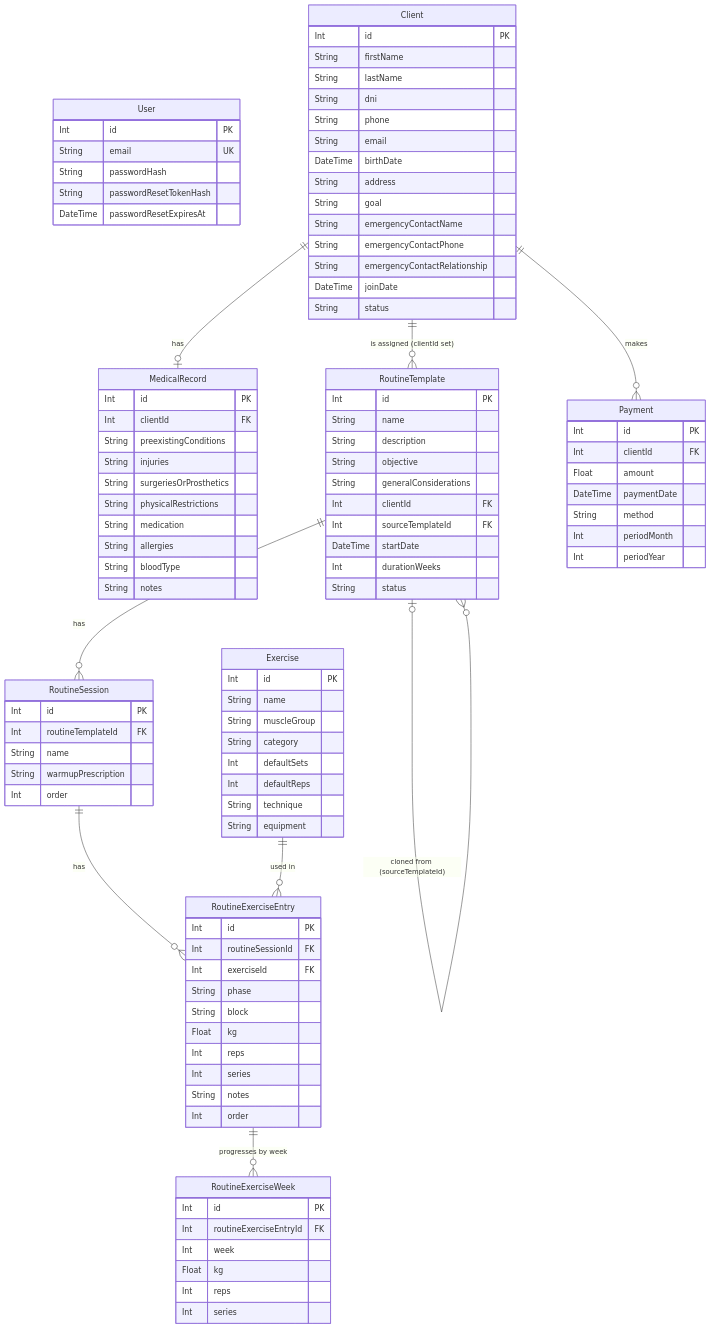
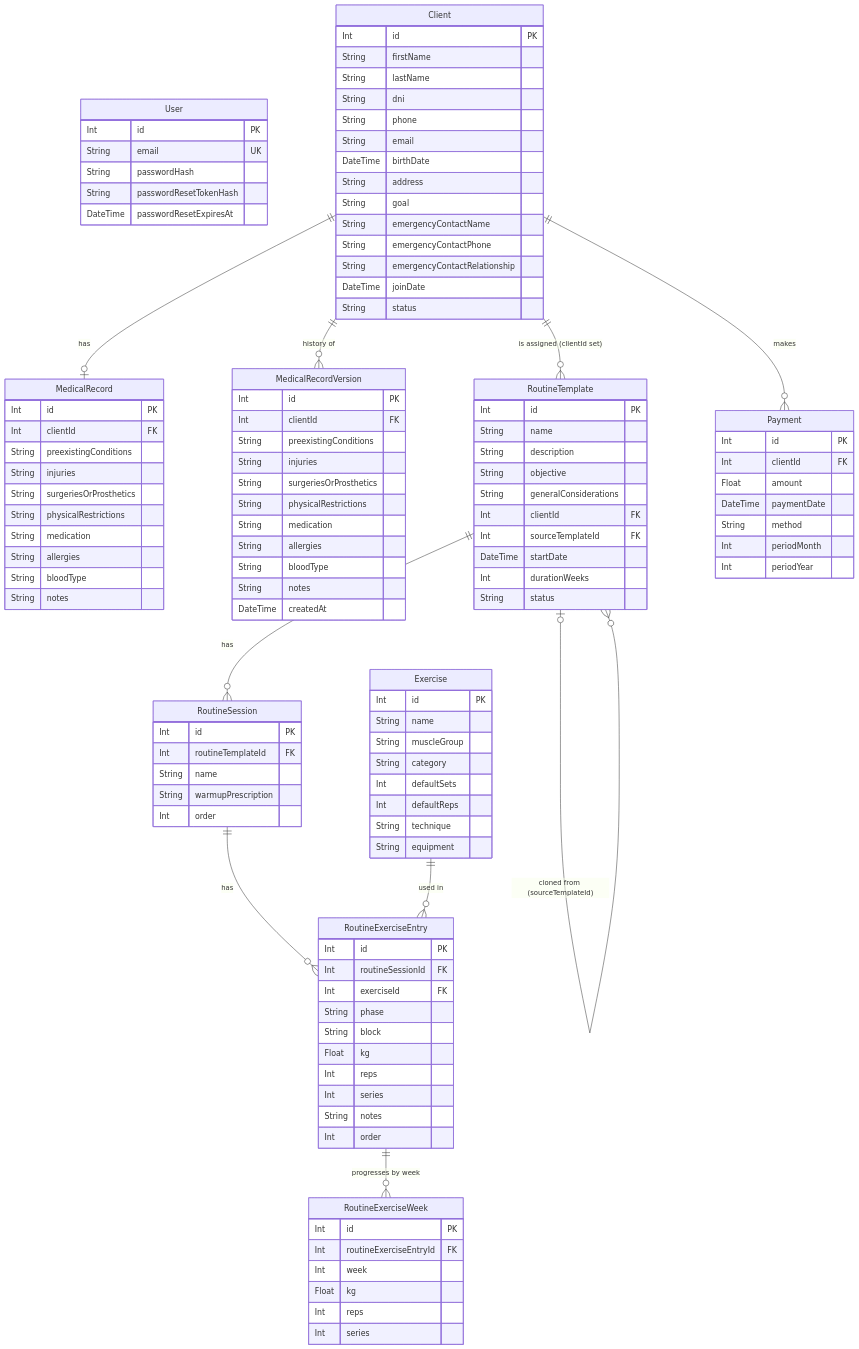
The diagram in docs/data-model.md (leortega33/AI4Devs-finalproject), drawn with Mermaid before and after one commit. The commit also changed other lines of this file and 31 other files, not shown here.

Commit message:
feat(medical-record): change history versions (US-021)

```diff
--- a/docs/data-model.md
+++ b/docs/data-model.md
@@ -191,6 +207,19 @@
         String allergies
         String bloodType
         String notes
+    }
+    MedicalRecordVersion {
+        Int id PK
+        Int clientId FK
+        String preexistingConditions
+        String injuries
+        String surgeriesOrProsthetics
+        String physicalRestrictions
+        String medication
+        String allergies
+        String bloodType
+        String notes
+        DateTime createdAt
     }
     Exercise {
         Int id PK
@@ -252,6 +281,7 @@
     }
 
     Client ||--o| MedicalRecord : "has"
+    Client ||--o{ MedicalRecordVersion : "history of"
     Client ||--o{ RoutineTemplate : "is assigned (clientId set)"
     Client ||--o{ Payment : "makes"
 
```
